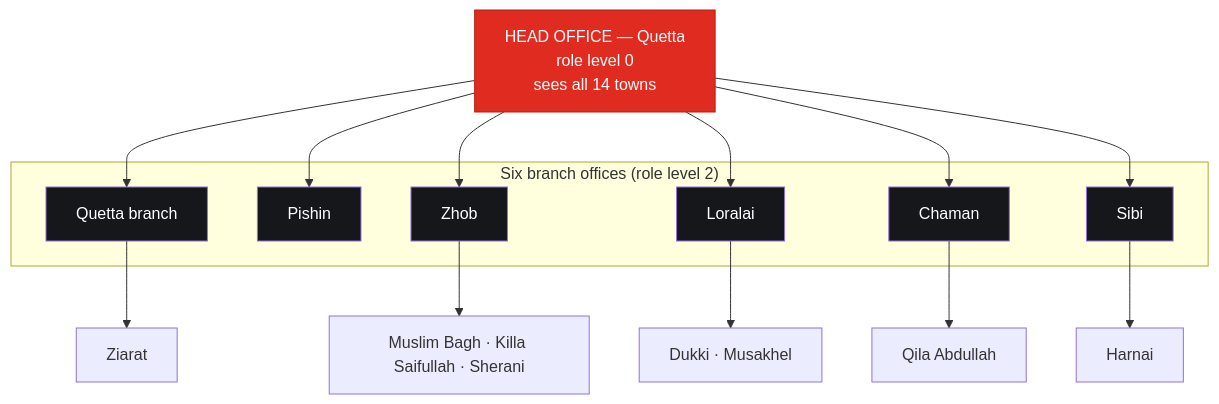
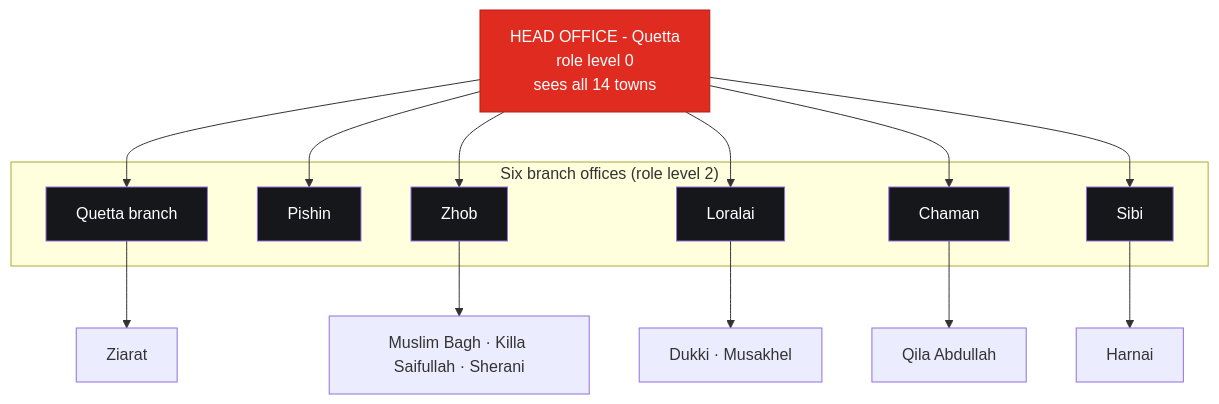
The third of 7 diagrams in docs/ARCHITECTURE.md (Aliktk/pbb), drawn with Mermaid before and after one commit. The commit also changed other lines of this file and 102 other files, not shown here.

````diff
--- a/docs/ARCHITECTURE.md
+++ b/docs/ARCHITECTURE.md
@@ -247,26 +247,26 @@
 ```mermaid
 flowchart TD
-    HO["HEAD OFFICE — Quetta<br/>role level 0<br/>sees all 14 towns"]
+    HO["HEAD OFFICE - Quetta<br/>role level 0<br/>sees all 14 towns"]
 
     subgraph Offices["Six branch offices (role level 2)"]
         Q["Quetta branch"]
         P["Pishin"]
         Z["Zhob"]
         L["Loralai"]
         C["Chaman"]
         S["Sibi"]
     end
 
     HO --> Q & P & Z & L & C & S
 
     Z --> ZT["Muslim Bagh · Killa Saifullah · Sherani"]
     L --> LT["Dukki · Musakhel"]
     C --> CT["Qila Abdullah"]
     S --> ST["Harnai"]
     Q --> QT["Ziarat"]
 
     classDef ho fill:#E02B20,color:#fff,stroke:#B31F16;
     classDef br fill:#16171B,color:#fff;
     class HO ho;
     class Q,P,Z,L,C,S br;
 ```
````
